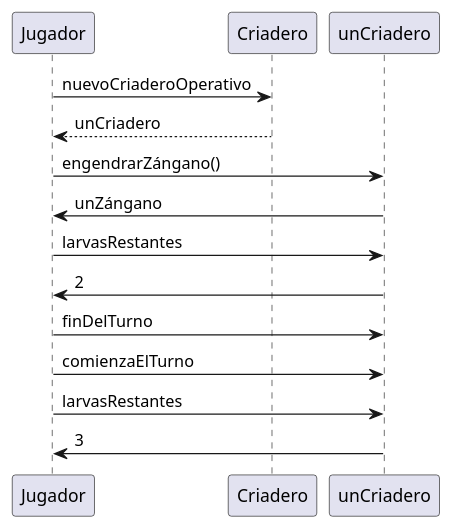
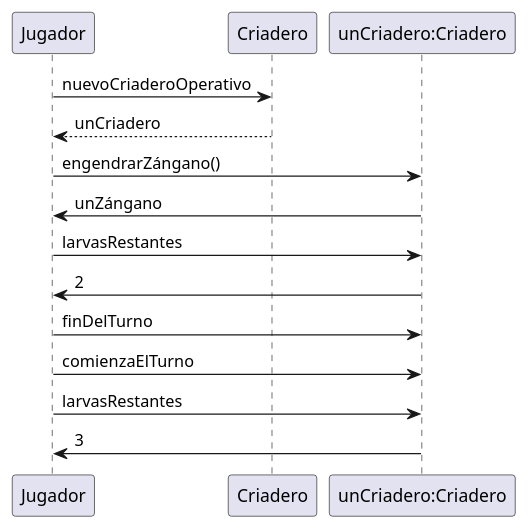
One commit to nicolasgirardi/algo3_TP2_AlgoStar changed the diagram in diagrams/sequences/CasodeUso1/CriaderoEmpiezaCon3LarvasConsume1LeQuedan2yAlSiguienteTurnoTiene3.puml. Above: the diagram before and after it, drawn with PlantUML. The commit also changed 5 other files, not shown here.

```diff
--- a/diagrams/sequences/CasodeUso1/CriaderoEmpiezaCon3LarvasConsume1LeQuedan2yAlSiguienteTurnoTiene3.puml
+++ b/diagrams/sequences/CasodeUso1/CriaderoEmpiezaCon3LarvasConsume1LeQuedan2yAlSiguienteTurnoTiene3.puml
@@ -1,21 +1,21 @@
 @startuml
 'https://plantuml.com/sequence-diagram
 
 
 Jugador -> Criadero: nuevoCriaderoOperativo
 Criadero --> Jugador: unCriadero
 
-Jugador -> unCriadero: engendrarZángano()
-unCriadero -> Jugador: unZángano
+Jugador -> "unCriadero:Criadero": engendrarZángano()
+"unCriadero:Criadero" -> Jugador: unZángano
 
-Jugador -> unCriadero: larvasRestantes
-unCriadero -> Jugador: 2
+Jugador -> "unCriadero:Criadero": larvasRestantes
+"unCriadero:Criadero" -> Jugador: 2
 
-Jugador -> unCriadero: finDelTurno
+Jugador -> "unCriadero:Criadero": finDelTurno
 
-Jugador -> unCriadero: comienzaElTurno
+Jugador -> "unCriadero:Criadero": comienzaElTurno
 
-Jugador -> unCriadero: larvasRestantes
-unCriadero -> Jugador: 3
+Jugador -> "unCriadero:Criadero": larvasRestantes
+"unCriadero:Criadero" -> Jugador: 3
 
 @enduml
```
